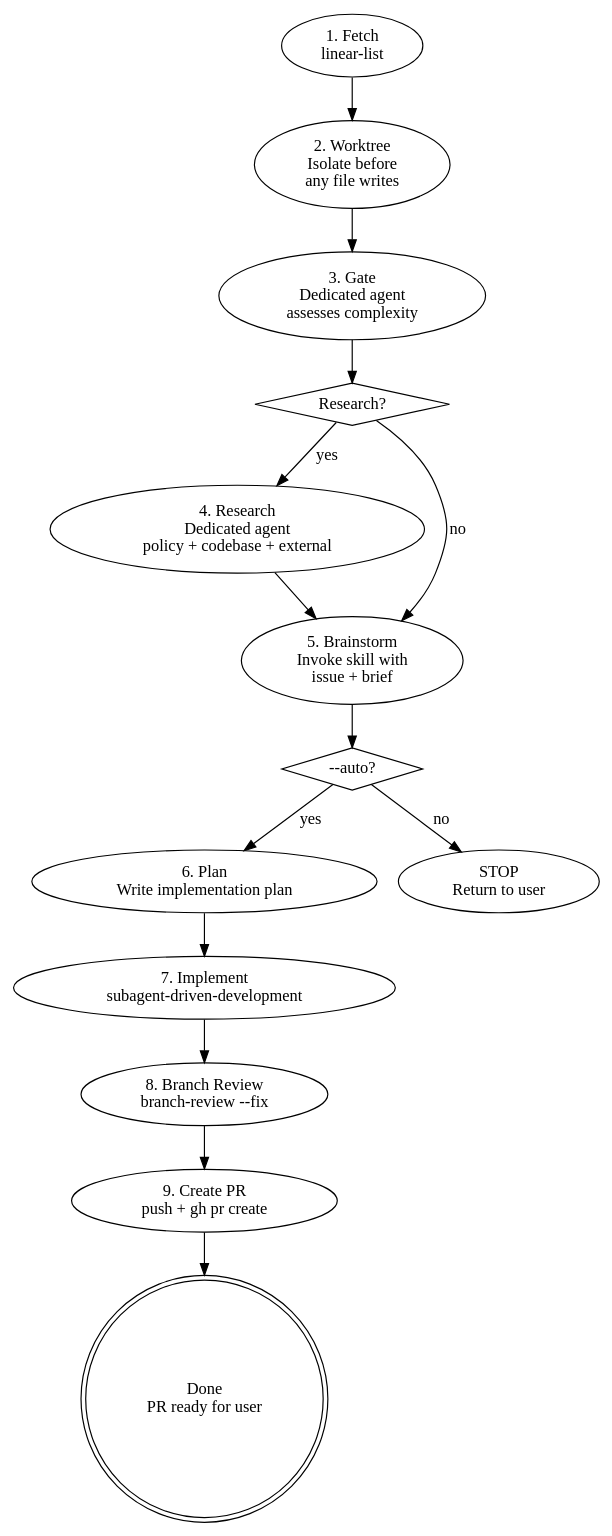
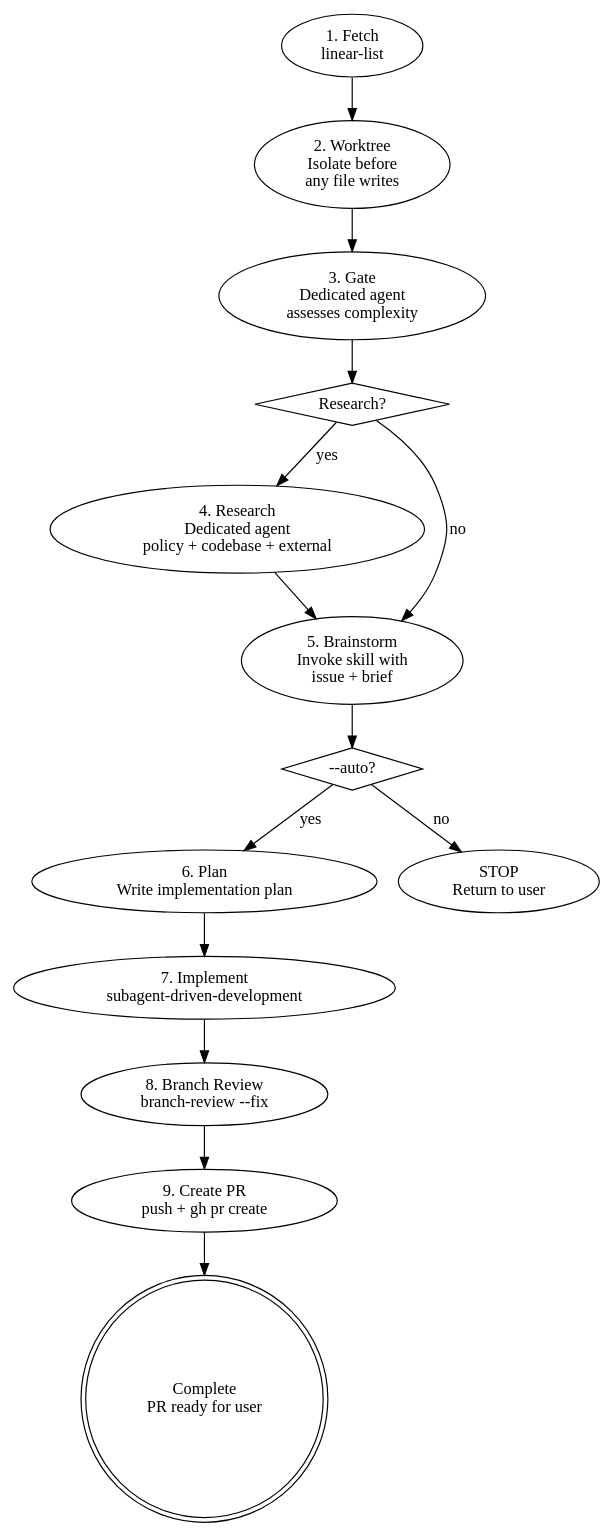
The diagram in skills/linear-issue-priming/SKILL.md (ryumiel/devcanon), drawn with Graphviz before and after one commit. The commit also changed other lines of this file and 1 other file, not shown here.

First line of the commit message:
docs(skills): clarify --auto exception and rename Linear diagram terminal

````diff
--- a/skills/linear-issue-priming/SKILL.md
+++ b/skills/linear-issue-priming/SKILL.md
@@ -33,27 +33,27 @@
 ```dot
 digraph priming {
   rankdir=TB;
   fetch [label="1. Fetch\nlinear-list"];
   worktree [label="2. Worktree\nIsolate before\nany file writes"];
   gate [label="3. Gate\nDedicated agent\nassesses complexity"];
   decide [label="Research?", shape=diamond];
   research [label="4. Research\nDedicated agent\npolicy + codebase + external"];
   brainstorm [label="5. Brainstorm\nInvoke skill with\nissue + brief"];
   auto_check [label="--auto?", shape=diamond];
   plan [label="6. Plan\nWrite implementation plan"];
   implement [label="7. Implement\nsubagent-driven-development"];
   stop_interactive [label="STOP\nReturn to user"];
 
   fetch -> worktree -> gate -> decide;
   decide -> research [label="yes"];
   decide -> brainstorm [label="no"];
   research -> brainstorm;
   brainstorm -> auto_check;
   auto_check -> plan [label="yes"];
   auto_check -> stop_interactive [label="no"];
   plan -> implement -> review -> create_pr -> done;
   review [label="8. Branch Review\nbranch-review --fix"];
   create_pr [label="9. Create PR\npush + gh pr create"];
-  done [label="Done\nPR ready for user", shape=doublecircle];
+  done [label="Complete\nPR ready for user", shape=doublecircle];
 }
 ```
````
